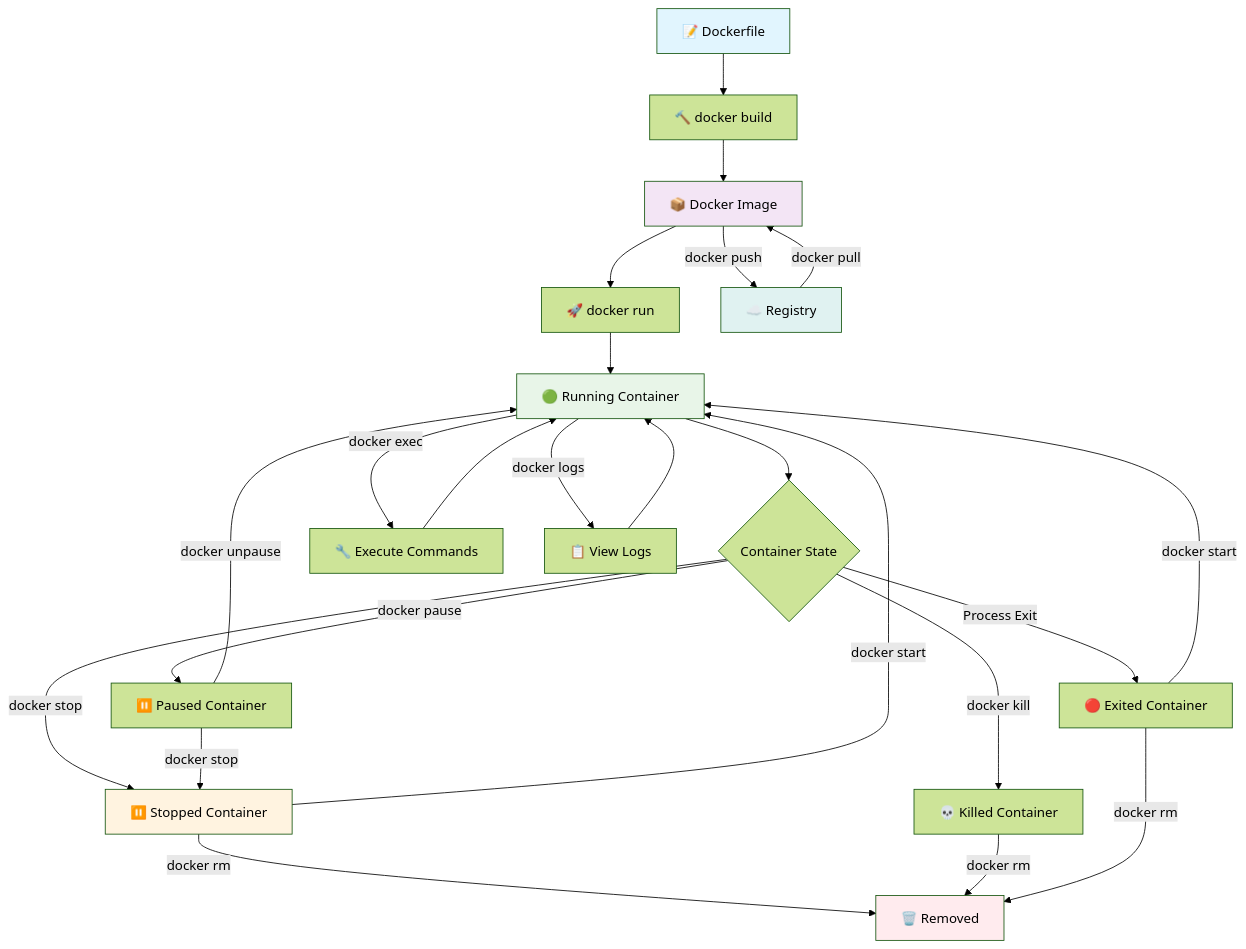
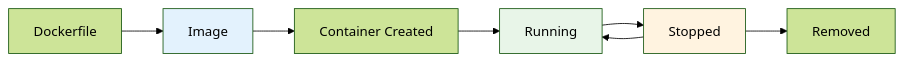
One commit to manikcloud/cloud-devops-learning-path changed the diagram in Section-2-DevOps/Session-5_Docker/5.1_docker_basics/README.md. Above: the diagram before and after it, drawn with Mermaid (forest theme). The commit also changed other lines of this file, not shown here.

Commit message:
Simplify Docker lifecycle content
- Added concise theory explanation of Docker lifecycle concepts
- Simplified Mermaid diagram with clear flow
- Reduced complexity while maintaining essential information
- Added key concepts about images, containers, and data persistence
- Streamlined command reference table

````diff
--- a/Section-2-DevOps/Session-5_Docker/5.1_docker_basics/README.md
+++ b/Section-2-DevOps/Session-5_Docker/5.1_docker_basics/README.md
@@ -12,41 +23,13 @@
 ```mermaid
-graph TD
-    A[📝 Dockerfile] --> B[🔨 docker build]
-    B --> C[📦 Docker Image]
+graph LR
+    A[Dockerfile] --> B[Image]
+    B --> C[Container Created]
+    C --> D[Running]
+    D --> E[Stopped]
+    E --> F[Removed]
+    E --> D
     
-    C --> D[🚀 docker run]
-    D --> E[🟢 Running Container]
-    
-    E --> F{Container State}
-    
-    F -->|docker stop| G[⏸️ Stopped Container]
-    F -->|docker pause| H[⏸️ Paused Container]
-    F -->|docker kill| I[💀 Killed Container]
-    F -->|Process Exit| J[🔴 Exited Container]
-    
-    G -->|docker start| E
-    G -->|docker rm| K[🗑️ Removed]
-    
-    H -->|docker unpause| E
-    H -->|docker stop| G
-    
-    I -->|docker rm| K
-    J -->|docker start| E
-    J -->|docker rm| K
-    
-    E -->|docker exec| L[🔧 Execute Commands]
-    L --> E
-    
-    E -->|docker logs| M[📋 View Logs]
-    M --> E
-    
-    C -->|docker push| N[☁️ Registry]
-    N -->|docker pull| C
-    
-    style A fill:#e1f5fe
-    style C fill:#f3e5f5
-    style E fill:#e8f5e8
-    style G fill:#fff3e0
-    style K fill:#ffebee
-    style N fill:#e0f2f1
+    style B fill:#e3f2fd
+    style D fill:#e8f5e8
+    style E fill:#fff3e0
 ```
````
